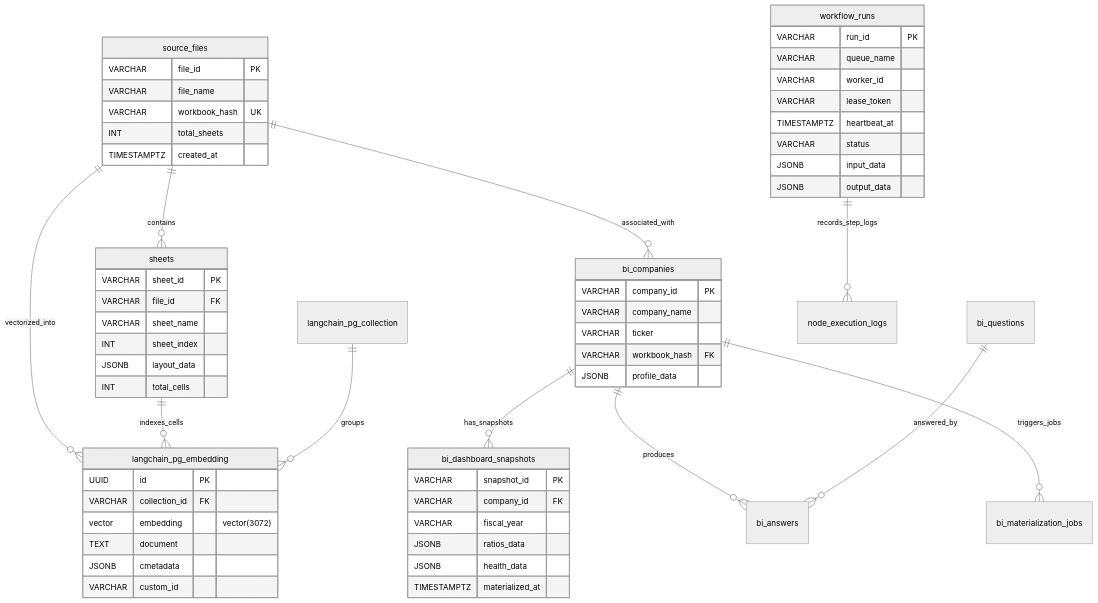
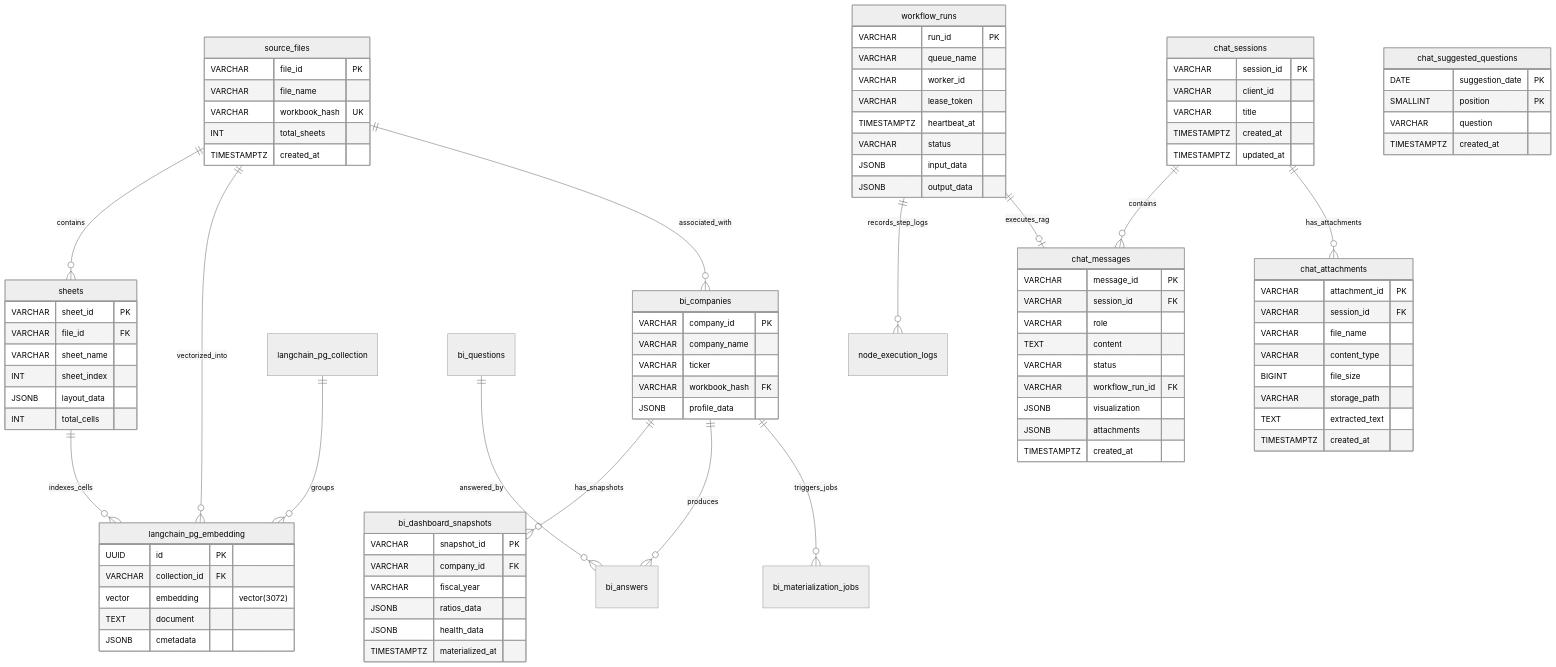
One commit to bist-mini-final/bist-mini-final changed the diagram in docs/final_report/03_system_architecture_and_design/SEC-304_database_erd_and_vector_schema.md. Above: the diagram before and after it, drawn with Mermaid (neutral theme). The commit also changed other lines of this file and 4 other files, not shown here.

```diff
--- a/docs/final_report/03_system_architecture_and_design/SEC-304_database_erd_and_vector_schema.md
+++ b/docs/final_report/03_system_architecture_and_design/SEC-304_database_erd_and_vector_schema.md
@@ -22,6 +22,48 @@
     bi_questions ||--o{ bi_answers : "answered_by"
     
     workflow_runs ||--o{ node_execution_logs : "records_step_logs"
+
+    chat_sessions ||--o{ chat_messages : "contains"
+    chat_sessions ||--o{ chat_attachments : "has_attachments"
+    workflow_runs ||--o| chat_messages : "executes_rag"
+
+    chat_sessions {
+        VARCHAR session_id PK
+        VARCHAR client_id
+        VARCHAR title
+        TIMESTAMPTZ created_at
+        TIMESTAMPTZ updated_at
+    }
+
+    chat_messages {
+        VARCHAR message_id PK
+        VARCHAR session_id FK
+        VARCHAR role
+        TEXT content
+        VARCHAR status
+        VARCHAR workflow_run_id FK
+        JSONB visualization
+        JSONB attachments
+        TIMESTAMPTZ created_at
+    }
+
+    chat_attachments {
+        VARCHAR attachment_id PK
+        VARCHAR session_id FK
+        VARCHAR file_name
+        VARCHAR content_type
+        BIGINT file_size
+        VARCHAR storage_path
+        TEXT extracted_text
+        TIMESTAMPTZ created_at
+    }
+
+    chat_suggested_questions {
+        DATE suggestion_date PK
+        SMALLINT position PK
+        VARCHAR question
+        TIMESTAMPTZ created_at
+    }
 
     source_files {
         VARCHAR file_id PK
@@ -46,7 +88,6 @@
         vector embedding "vector(3072)"
         TEXT document
         JSONB cmetadata
-        VARCHAR custom_id
     }
 
     bi_companies {
```
